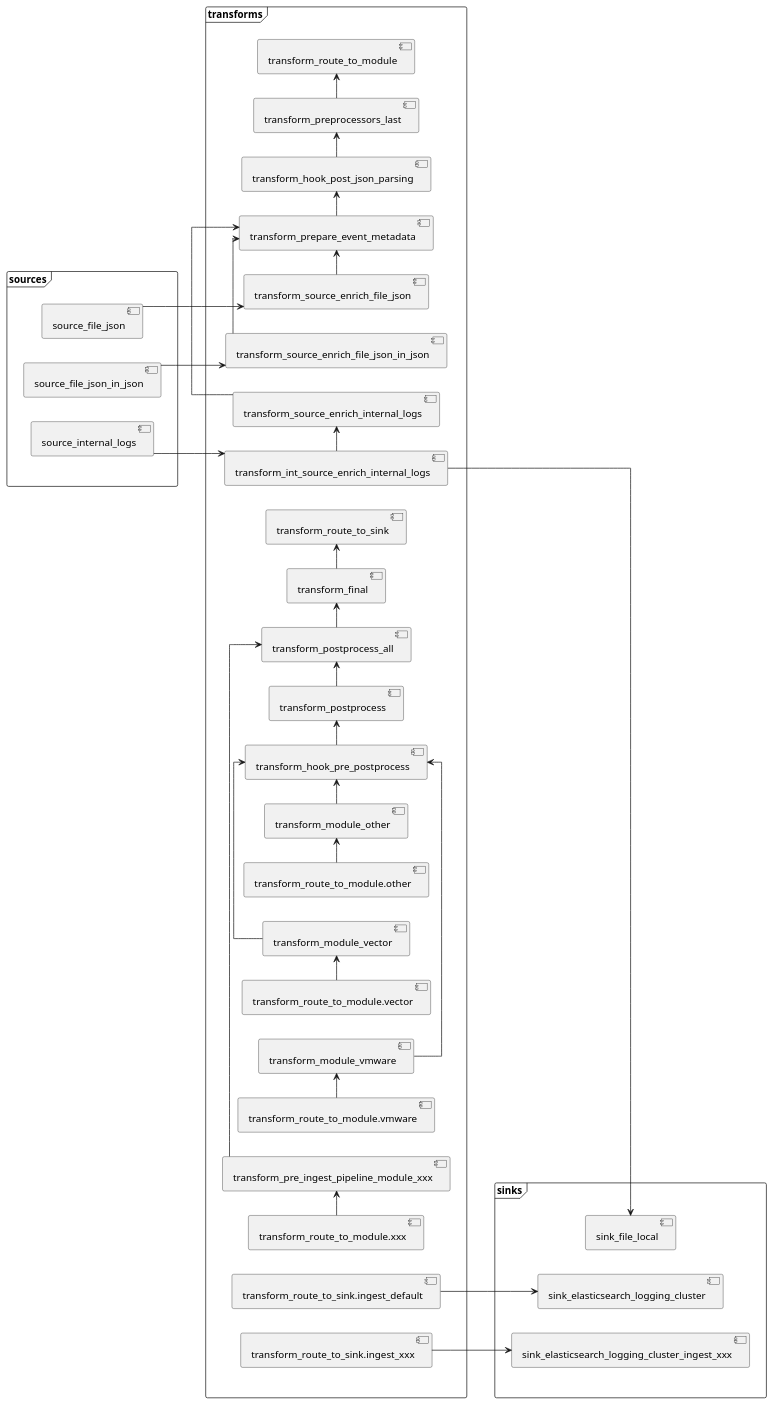
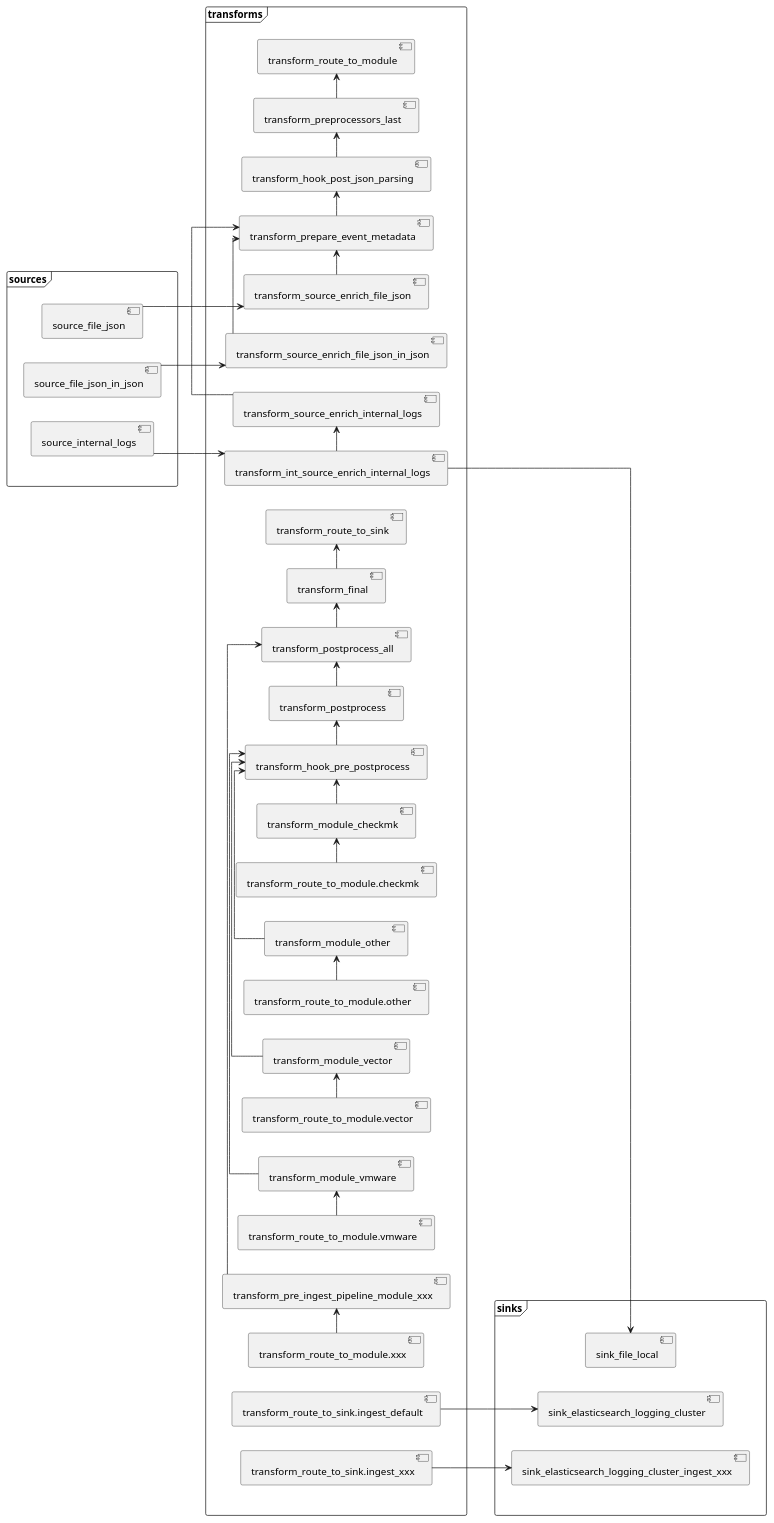
Before and after one commit to ypid/event-processing-framework: the diagram in docs/aggregator.puml, drawn with PlantUML. The commit also changed 7 other files, not shown here.

```diff
--- a/docs/aggregator.puml
+++ b/docs/aggregator.puml
@@ -1,73 +1,77 @@
 @startuml
 ' The following is generated by gen_component_diagram, all changes will be lost.
 left to right direction
 skinparam linetype ortho
 
 frame sources {
     component source_file_json
     component source_file_json_in_json
     component source_internal_logs
 }
 
 frame transforms {
     component transform_final
     component transform_hook_post_json_parsing
     component transform_hook_pre_postprocess
     component transform_int_source_enrich_internal_logs
+    component transform_module_checkmk
     component transform_module_other
     component transform_module_vector
     component transform_module_vmware
     component transform_postprocess
     component transform_postprocess_all
     component transform_pre_ingest_pipeline_module_xxx
     component transform_prepare_event_metadata
     component transform_preprocessors_last
     component transform_route_to_module
+    component transform_route_to_module.checkmk
     component transform_route_to_module.other
     component transform_route_to_module.vector
     component transform_route_to_module.vmware
     component transform_route_to_module.xxx
     component transform_route_to_sink
     component transform_route_to_sink.ingest_default
     component transform_route_to_sink.ingest_xxx
     component transform_source_enrich_file_json
     component transform_source_enrich_file_json_in_json
     component transform_source_enrich_internal_logs
 }
 
 frame sinks {
     component sink_elasticsearch_logging_cluster
     component sink_elasticsearch_logging_cluster_ingest_xxx
     component sink_file_local
 }
 
 sources -[hidden]-> transforms
 transforms -[hidden]-> sinks
 
 source_file_json -> transform_source_enrich_file_json
 source_file_json_in_json -> transform_source_enrich_file_json_in_json
 transform_int_source_enrich_internal_logs -> transform_source_enrich_internal_logs
 transform_final -> transform_route_to_sink
 source_internal_logs -> transform_int_source_enrich_internal_logs
 transform_source_enrich_file_json -> transform_prepare_event_metadata
 transform_source_enrich_file_json_in_json -> transform_prepare_event_metadata
 transform_source_enrich_internal_logs -> transform_prepare_event_metadata
 transform_hook_post_json_parsing -> transform_preprocessors_last
 transform_hook_pre_postprocess -> transform_postprocess
 transform_postprocess -> transform_postprocess_all
 transform_pre_ingest_pipeline_module_xxx -> transform_postprocess_all
+transform_route_to_module.checkmk -> transform_module_checkmk
 transform_route_to_module.other -> transform_module_other
 transform_route_to_module.vector -> transform_module_vector
 transform_route_to_module.vmware -> transform_module_vmware
 transform_route_to_module.xxx -> transform_pre_ingest_pipeline_module_xxx
 transform_prepare_event_metadata -> transform_hook_post_json_parsing
 transform_preprocessors_last -> transform_route_to_module
+transform_module_checkmk -> transform_hook_pre_postprocess
 transform_module_other -> transform_hook_pre_postprocess
 transform_module_vector -> transform_hook_pre_postprocess
 transform_module_vmware -> transform_hook_pre_postprocess
 transform_postprocess_all -> transform_final
 transform_route_to_sink.ingest_default -> sink_elasticsearch_logging_cluster
 transform_route_to_sink.ingest_xxx -> sink_elasticsearch_logging_cluster_ingest_xxx
 transform_int_source_enrich_internal_logs -> sink_file_local
 
 @enduml
```
